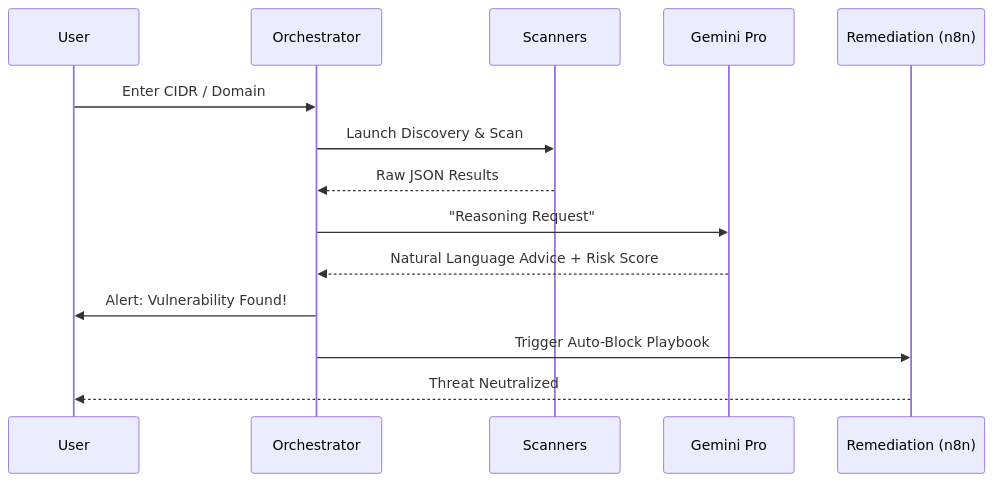
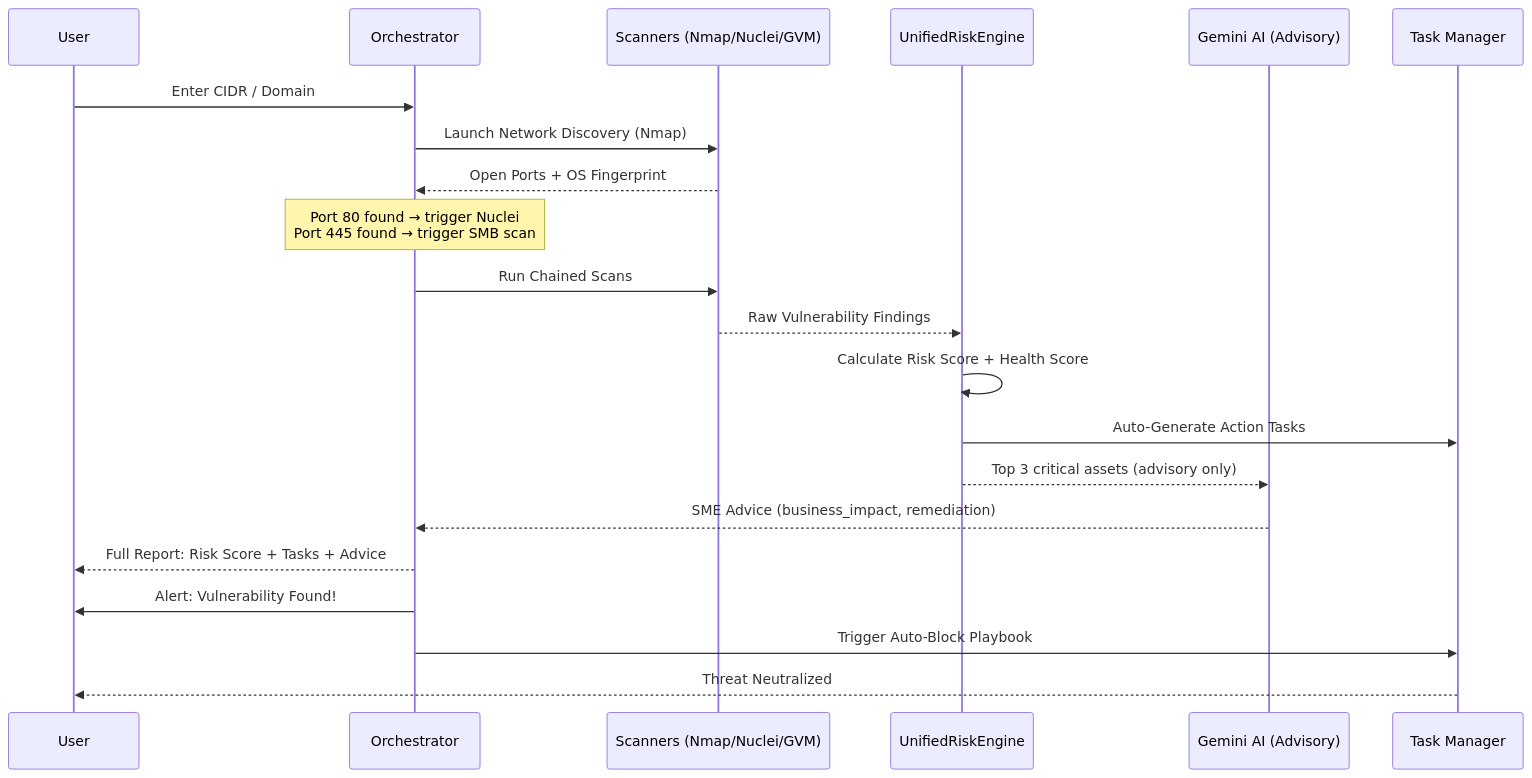
Before and after one commit to MazenAlaa305/ORCHESTRATION-SECURITY-CENTER: the third of 5 diagrams in FOUND_404_PRESENTATION.md, drawn with Mermaid. The commit also changed other lines of this file and 10 other files, not shown here.

First line of the commit message:
feat: deterministic orchestration + UnifiedRiskEngine + AI advisory refactor

````diff
--- a/FOUND_404_PRESENTATION.md
+++ b/FOUND_404_PRESENTATION.md
@@ -88,17 +93,24 @@
 ```mermaid
 sequenceDiagram
     participant U as User
     participant O as Orchestrator
-    participant S as Scanners
-    participant AI as Gemini Pro
-    participant R as Remediation (n8n)
+    participant S as Scanners (Nmap/Nuclei/GVM)
+    participant E as UnifiedRiskEngine
+    participant AI as Gemini AI (Advisory)
+    participant R as Task Manager
 
     U->>O: Enter CIDR / Domain
-    O->>S: Launch Discovery & Scan
-    S-->>O: Raw JSON Results
-    O->>AI: "Reasoning Request"
-    AI-->>O: Natural Language Advice + Risk Score
+    O->>S: Launch Network Discovery (Nmap)
+    S-->>O: Open Ports + OS Fingerprint
+    Note over O: Port 80 found → trigger Nuclei<br/>Port 445 found → trigger SMB scan
+    O->>S: Run Chained Scans
+    S-->>E: Raw Vulnerability Findings
+    E->>E: Calculate Risk Score + Health Score
+    E->>R: Auto-Generate Action Tasks
+    E-->>AI: Top 3 critical assets (advisory only)
+    AI-->>O: SME Advice (business_impact, remediation)
+    O-->>U: Full Report: Risk Score + Tasks + Advice
     O->>U: Alert: Vulnerability Found!
     O->>R: Trigger Auto-Block Playbook
     R-->>U: Threat Neutralized
 ```
````
